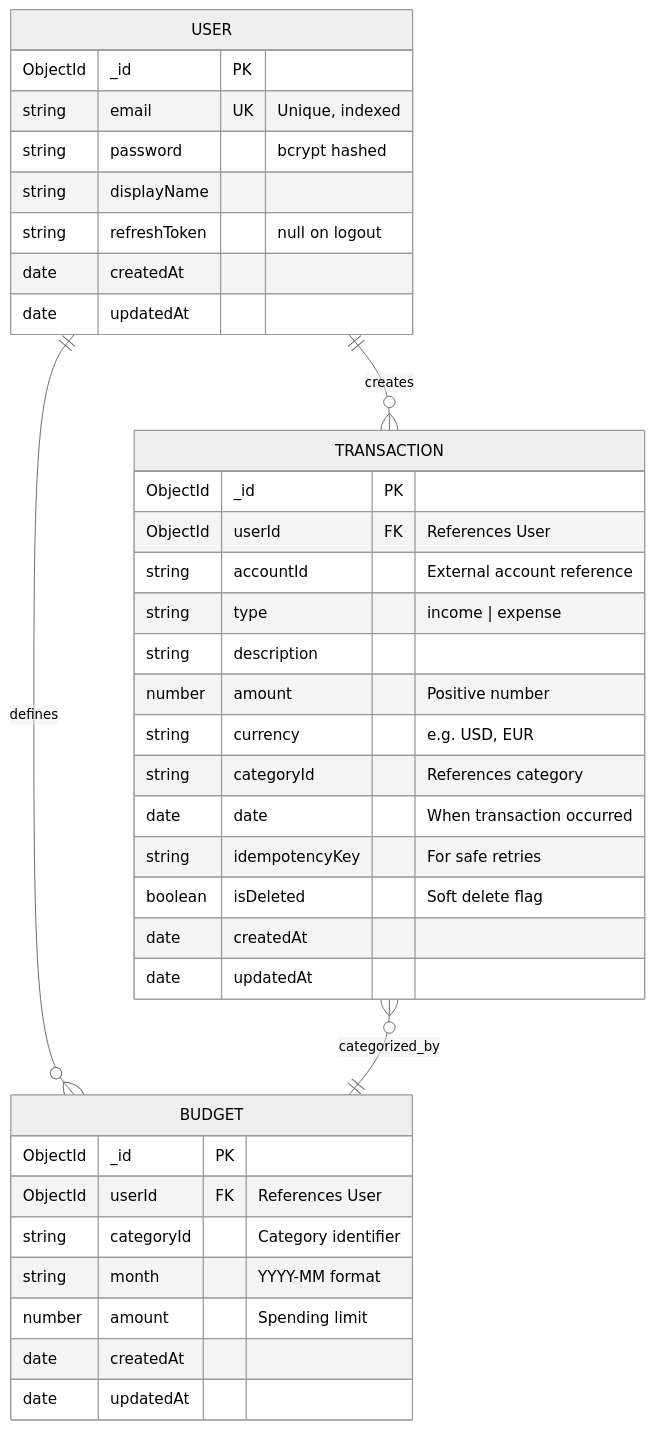
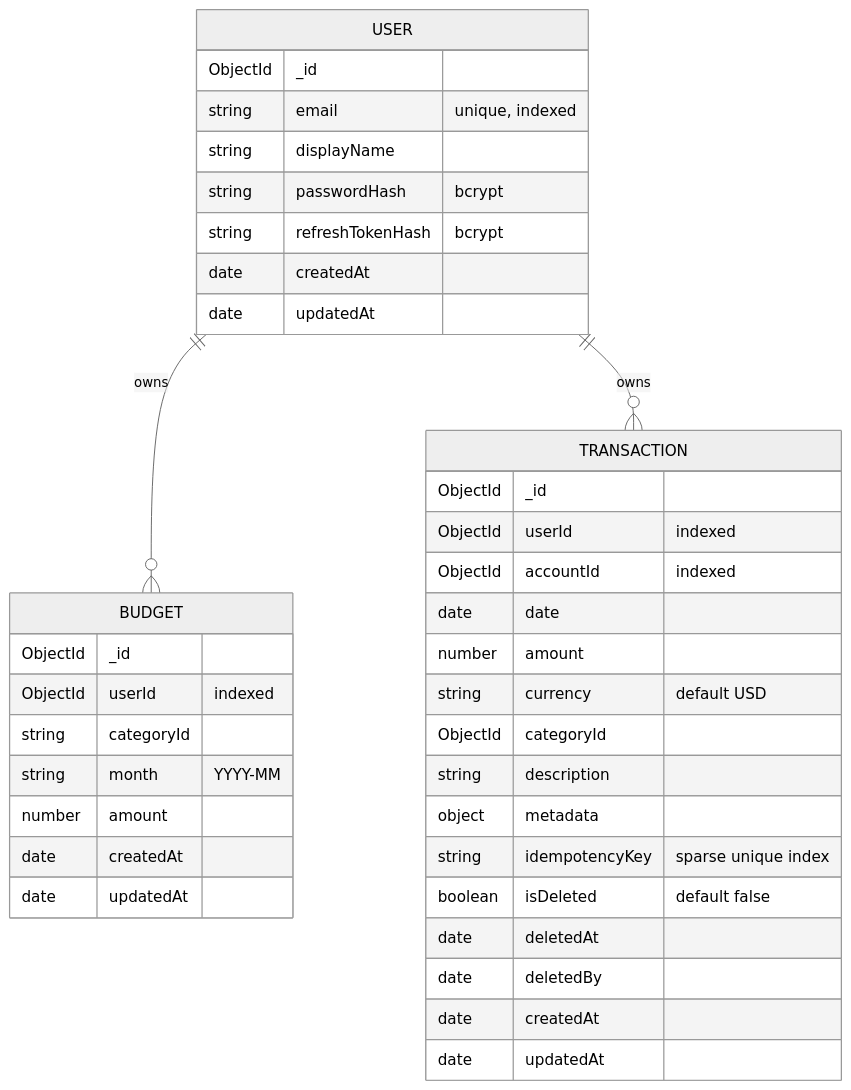
One commit to Colin-Stark/personal_budget changed the third of 4 diagrams in README.md. Above: the diagram before and after it, drawn with Mermaid (neutral theme). The commit also changed other lines of this file, not shown here.

First line of the commit message:
Revise README for Personal Budget API

````diff
--- a/README.md
+++ b/README.md
@@ -275,42 +137,43 @@
 ```mermaid
 erDiagram
-    USER ||--o{ TRANSACTION : creates
-    USER ||--o{ BUDGET : defines
-    TRANSACTION }o--|| BUDGET : categorized_by
+    USER {
+        ObjectId _id
+        string email "unique, indexed"
+        string displayName
+        string passwordHash "bcrypt"
+        string refreshTokenHash "bcrypt"
+        date createdAt
+        date updatedAt
+    }
 
-    USER {
-        ObjectId _id PK
-        string email UK "Unique, indexed"
-        string password "bcrypt hashed"
-        string displayName
-        string refreshToken "null on logout"
+    BUDGET {
+        ObjectId _id
+        ObjectId userId "indexed"
+        string categoryId
+        string month "YYYY-MM"
+        number amount
         date createdAt
         date updatedAt
     }
 
     TRANSACTION {
-        ObjectId _id PK
-        ObjectId userId FK "References User"
-        string accountId "External account reference"
-        string type "income | expense"
+        ObjectId _id
+        ObjectId userId "indexed"
+        ObjectId accountId "indexed"
+        date date
+        number amount
+        string currency "default USD"
+        ObjectId categoryId
         string description
-        number amount "Positive number"
-        string currency "e.g. USD, EUR"
-        string categoryId "References category"
-        date date "When transaction occurred"
-        string idempotencyKey "For safe retries"
-        boolean isDeleted "Soft delete flag"
+        object metadata
+        string idempotencyKey "sparse unique index"
+        boolean isDeleted "default false"
+        date deletedAt
+        date deletedBy
         date createdAt
         date updatedAt
     }
 
-    BUDGET {
-        ObjectId _id PK
-        ObjectId userId FK "References User"
-        string categoryId "Category identifier"
-        string month "YYYY-MM format"
-        number amount "Spending limit"
-        date createdAt
-        date updatedAt
-    }
+    USER ||--o{ BUDGET : "owns"
+    USER ||--o{ TRANSACTION : "owns"
 ```
````
